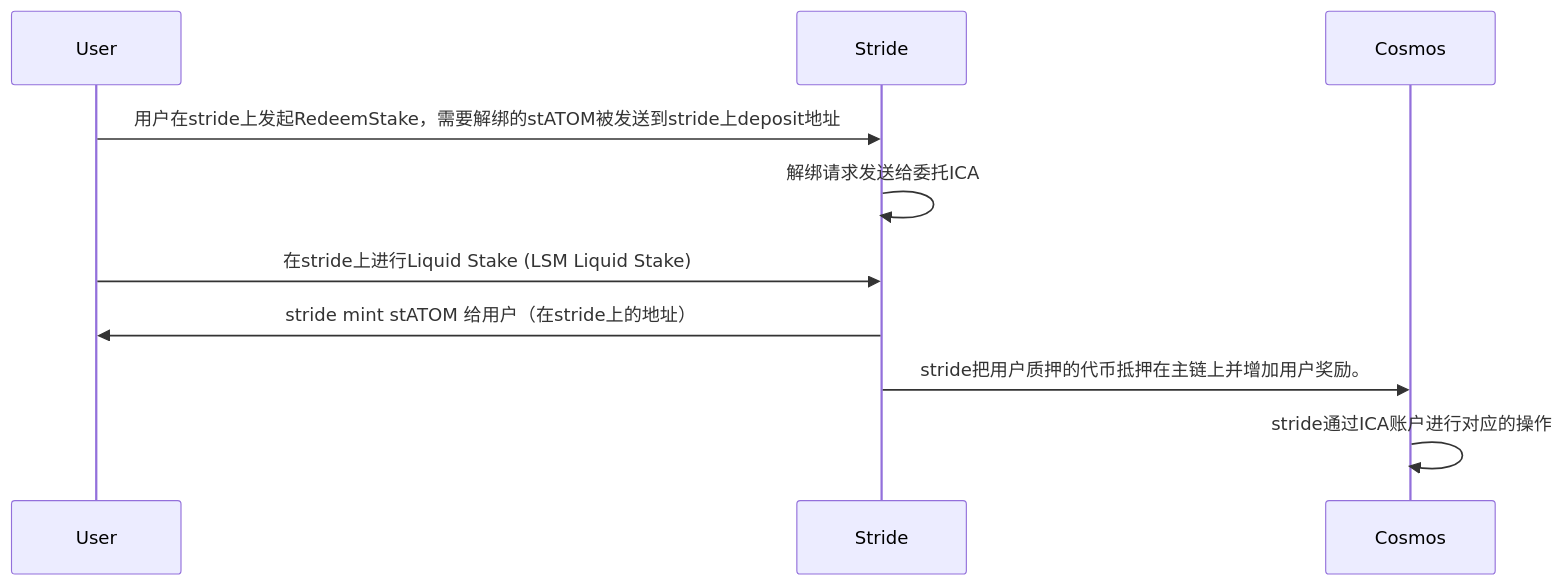
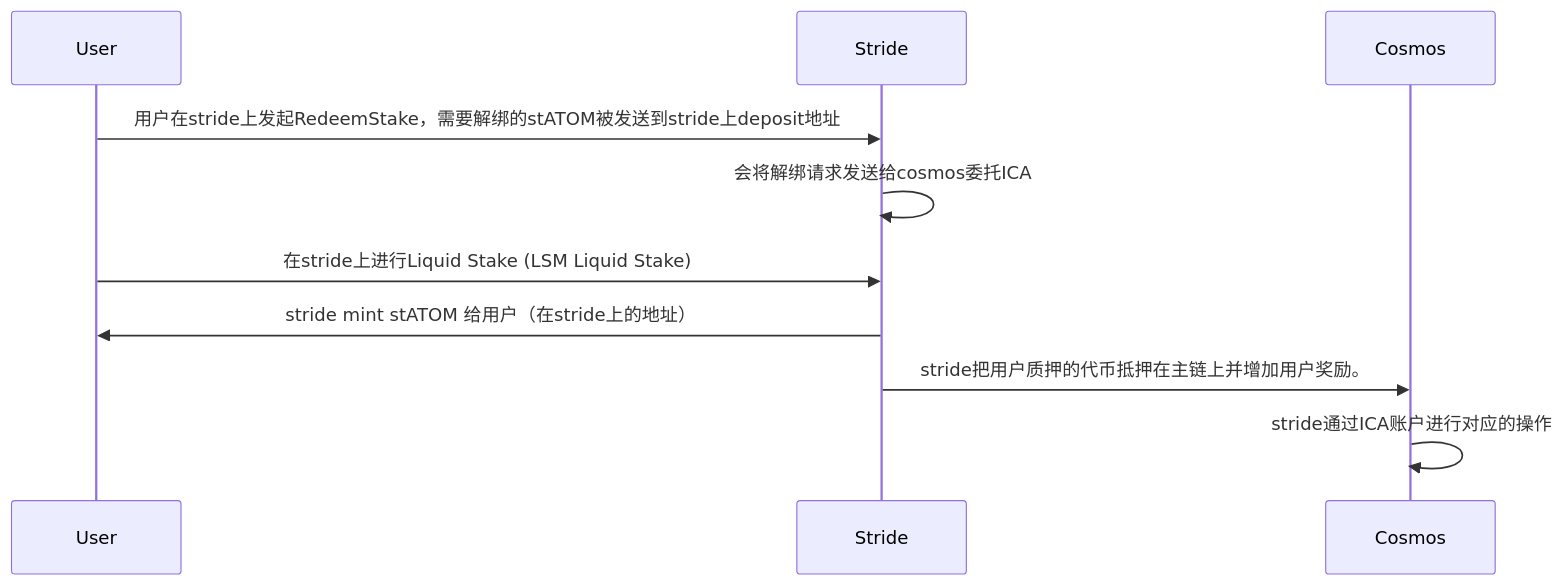
The diagram in all/unbonding.md (yingjianzh/iodraw-files), drawn with Mermaid before and after one commit.

Commit message:
2024-03-28 15:02:49 update

````diff
--- a/all/unbonding.md
+++ b/all/unbonding.md
@@ -1,9 +1,9 @@
 ```mermaid
 sequenceDiagram
     User->>Stride: 用户在stride上发起RedeemStake，需要解绑的stATOM被发送到stride上deposit地址
-    Stride->>Stride: 解绑请求发送给委托ICA
+    Stride->>Stride: 会将解绑请求发送给cosmos委托ICA
     User->>Stride: 在stride上进行Liquid Stake (LSM Liquid Stake)
     Stride->>User: stride mint stATOM 给用户（在stride上的地址）
     Stride->>Cosmos: stride把用户质押的代币抵押在主链上并增加用户奖励。
     Cosmos->>Cosmos: stride通过ICA账户进行对应的操作
 ```
````
